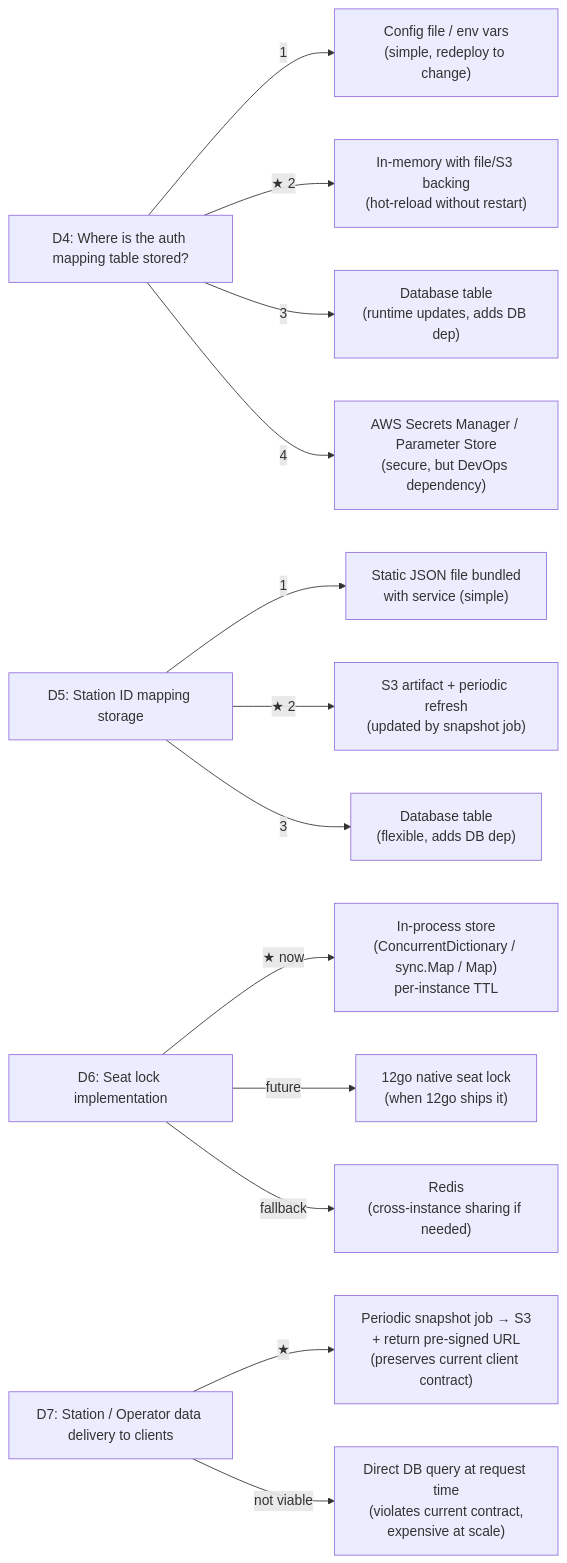
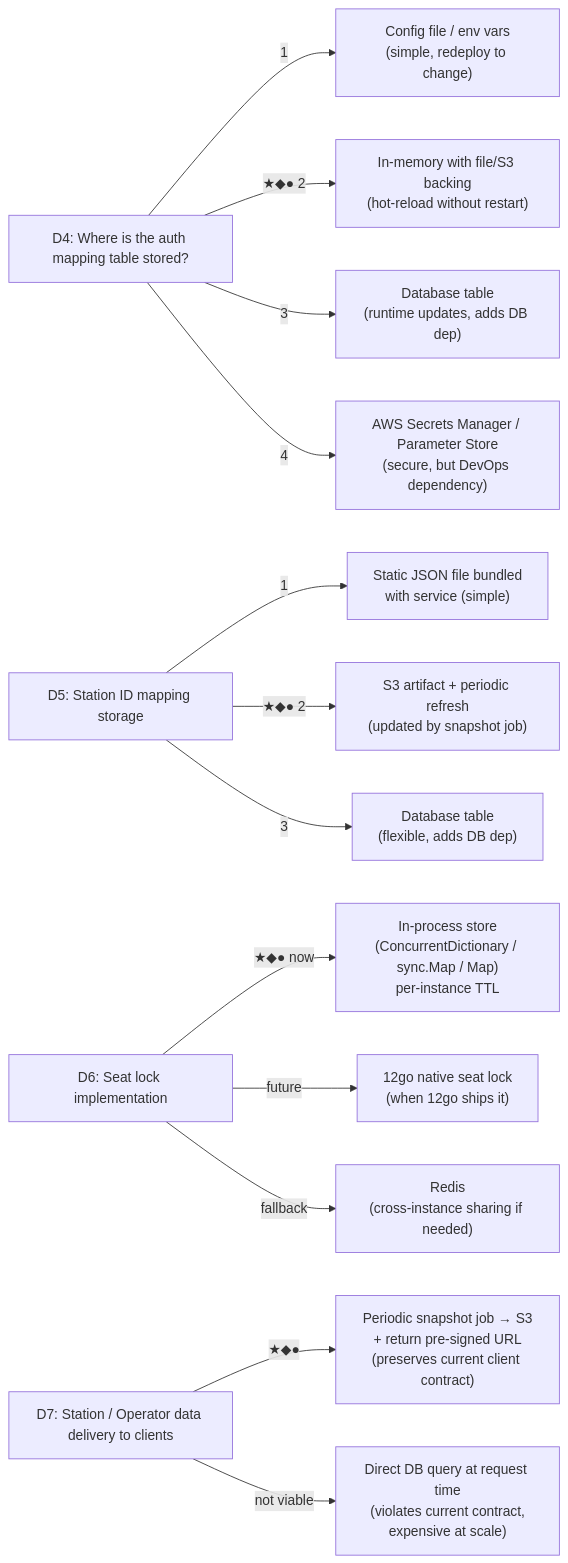
The third of 4 diagrams in design/decision-map.md (sosotravelier/tc-transition-to-12go), drawn with Mermaid before and after one commit. The commit also changed other lines of this file, not shown here.

First line of the commit message:
Add v2 and v3 analysis symbols to decision map

````diff
--- a/design/decision-map.md
+++ b/design/decision-map.md
@@ -95,22 +103,22 @@
 ```mermaid
 flowchart LR
     D4["D4: Where is the auth mapping table stored?"]
     D4 -->|1| S1["Config file / env vars\n(simple, redeploy to change)"]
-    D4 -->|★ 2| S2["In-memory with file/S3 backing\n(hot-reload without restart)"]
+    D4 -->|★◆● 2| S2["In-memory with file/S3 backing\n(hot-reload without restart)"]
     D4 -->|3| S3db["Database table\n(runtime updates, adds DB dep)"]
     D4 -->|4| S4["AWS Secrets Manager / Parameter Store\n(secure, but DevOps dependency)"]
 
     D5["D5: Station ID mapping storage"]
     D5 -->|1| SM1["Static JSON file bundled\nwith service (simple)"]
-    D5 -->|★ 2| SM2["S3 artifact + periodic refresh\n(updated by snapshot job)"]
+    D5 -->|★◆● 2| SM2["S3 artifact + periodic refresh\n(updated by snapshot job)"]
     D5 -->|3| SM3["Database table\n(flexible, adds DB dep)"]
 
     D6["D6: Seat lock implementation"]
-    D6 -->|★ now| SL1["In-process store\n(ConcurrentDictionary / sync.Map / Map)\nper-instance TTL"]
+    D6 -->|★◆● now| SL1["In-process store\n(ConcurrentDictionary / sync.Map / Map)\nper-instance TTL"]
     D6 -->|future| SL2["12go native seat lock\n(when 12go ships it)"]
     D6 -->|fallback| SL3["Redis\n(cross-instance sharing if needed)"]
 
     D7["D7: Station / Operator data delivery to clients"]
-    D7 -->|★| ST1["Periodic snapshot job → S3\n+ return pre-signed URL\n(preserves current client contract)"]
+    D7 -->|★◆●| ST1["Periodic snapshot job → S3\n+ return pre-signed URL\n(preserves current client contract)"]
     D7 -->|not viable| ST2["Direct DB query at request time\n(violates current contract,\nexpensive at scale)"]
 ```
````
